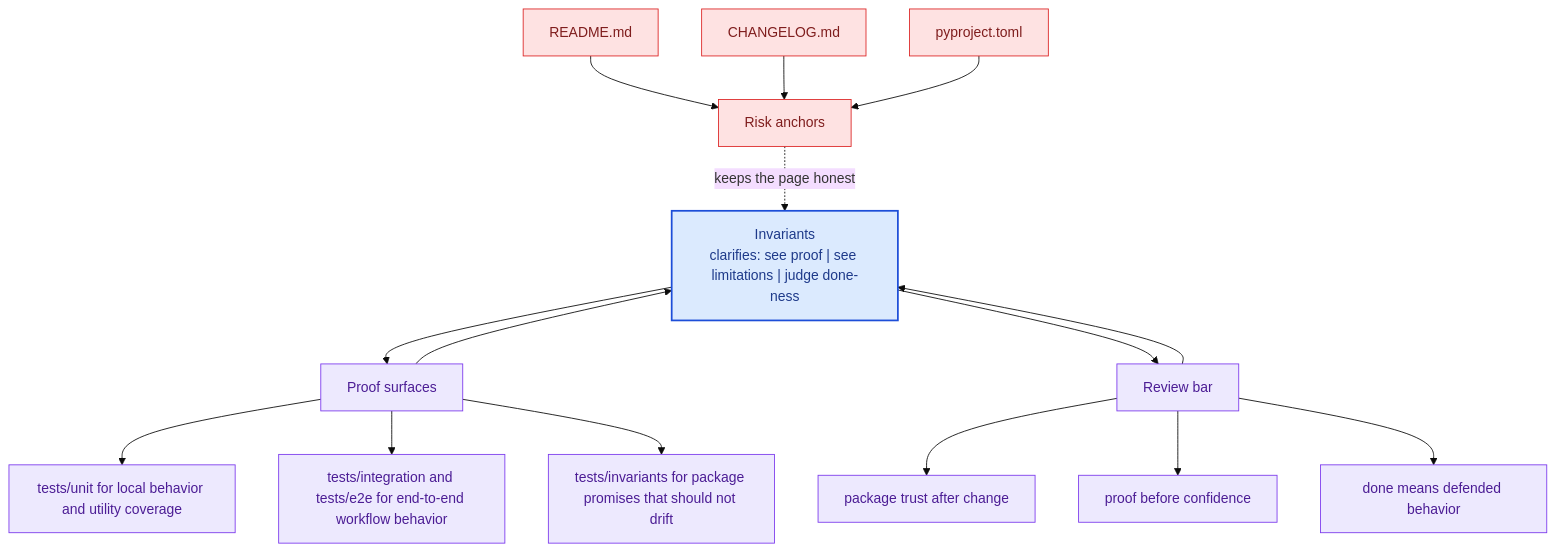
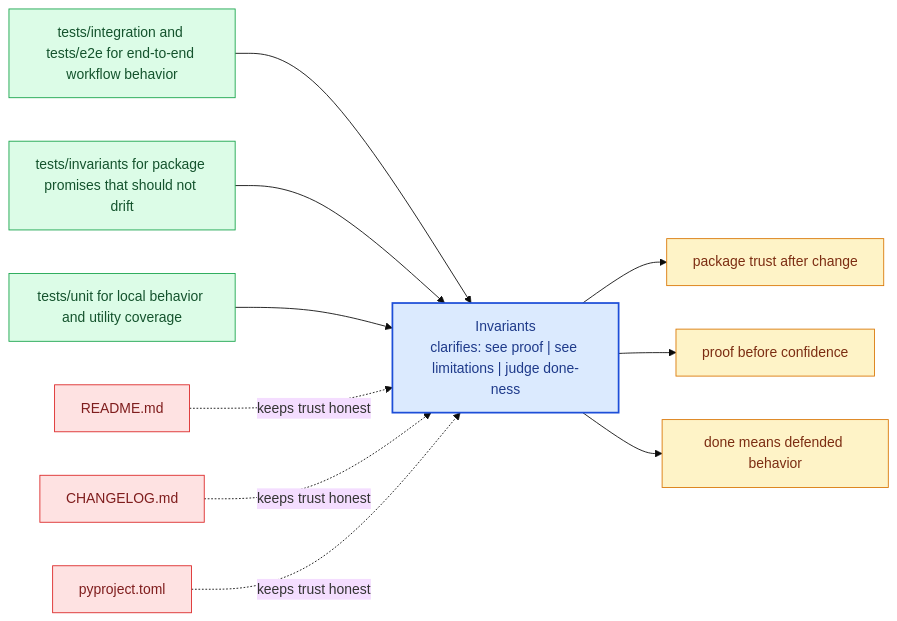
Before and after one commit to bijux/bijux-canon: the diagram in docs/bijux-canon-agent/quality/invariants.md, drawn with Mermaid (base theme). The commit also changed other lines of this file and 281 other files, not shown here.

Commit message:
docs(diagrams): replace repeated mermaid scaffolds with page-specific summaries

````diff
--- a/docs/bijux-canon-agent/quality/invariants.md
+++ b/docs/bijux-canon-agent/quality/invariants.md
@@ -67,41 +22,31 @@
 ```mermaid
-flowchart TB
-    promise["Invariants<br/>clarifies: see proof | see limitations | judge done-ness"]
-    classDef promise fill:#dbeafe,stroke:#1d4ed8,color:#1e3a8a,stroke-width:2px;
-    classDef driver fill:#dcfce7,stroke:#16a34a,color:#14532d;
-    classDef constraint fill:#fee2e2,stroke:#dc2626,color:#7f1d1d;
-    classDef ground fill:#ede9fe,stroke:#7c3aed,color:#4c1d95;
-    focus1["Proof surfaces"]
-    focus1 --> promise
-    promise --> focus1
-    focus1_1["tests/unit for local behavior and utility coverage"]
-    focus1 --> focus1_1
-    focus1_2["tests/integration and tests/e2e for end-to-end workflow behavior"]
-    focus1 --> focus1_2
-    focus1_3["tests/invariants for package promises that should not drift"]
-    focus1 --> focus1_3
-    class focus1 ground;
-    class focus1_1,focus1_2,focus1_3 ground;
-    focus2["Risk anchors"]
-    focus2 -.keeps the page honest.-> promise
-    focus2_1["README.md"]
-    focus2_1 --> focus2
-    focus2_2["CHANGELOG.md"]
-    focus2_2 --> focus2
-    focus2_3["pyproject.toml"]
-    focus2_3 --> focus2
-    class focus2 constraint;
-    class focus2_1,focus2_2,focus2_3 constraint;
-    focus3["Review bar"]
-    focus3 --> promise
-    promise --> focus3
-    focus3_1["package trust after change"]
-    focus3 --> focus3_1
-    focus3_2["proof before confidence"]
-    focus3 --> focus3_2
-    focus3_3["done means defended behavior"]
-    focus3 --> focus3_3
-    class focus3 ground;
-    class focus3_1,focus3_2,focus3_3 ground;
-    class promise promise;
+flowchart LR
+    page["Invariants<br/>clarifies: see proof | see limitations | judge done-ness"]
+    classDef page fill:#dbeafe,stroke:#1d4ed8,color:#1e3a8a,stroke-width:2px;
+    classDef positive fill:#dcfce7,stroke:#16a34a,color:#14532d;
+    classDef caution fill:#fee2e2,stroke:#dc2626,color:#7f1d1d;
+    classDef anchor fill:#ede9fe,stroke:#7c3aed,color:#4c1d95;
+    classDef action fill:#fef3c7,stroke:#d97706,color:#7c2d12;
+    proof1["tests/integration and tests/e2e for end-to-end workflow behavior"]
+    proof1 --> page
+    proof2["tests/invariants for package promises that should not drift"]
+    proof2 --> page
+    proof3["tests/unit for local behavior and utility coverage"]
+    proof3 --> page
+    risk1["README.md"]
+    risk1 -.keeps trust honest.-> page
+    risk2["CHANGELOG.md"]
+    risk2 -.keeps trust honest.-> page
+    risk3["pyproject.toml"]
+    risk3 -.keeps trust honest.-> page
+    bar1["package trust after change"]
+    page --> bar1
+    bar2["proof before confidence"]
+    page --> bar2
+    bar3["done means defended behavior"]
+    page --> bar3
+    class page page;
+    class proof1,proof2,proof3 positive;
+    class risk1,risk2,risk3 caution;
+    class bar1,bar2,bar3 action;
 ```
````
